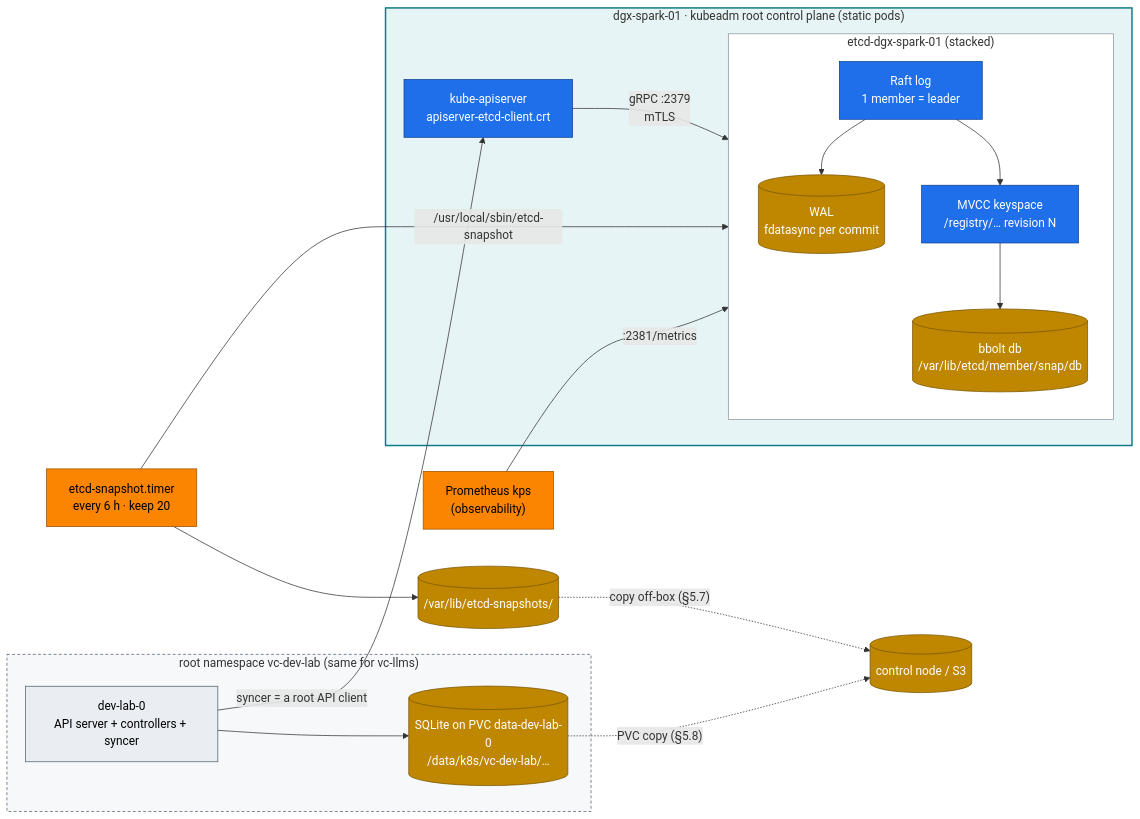
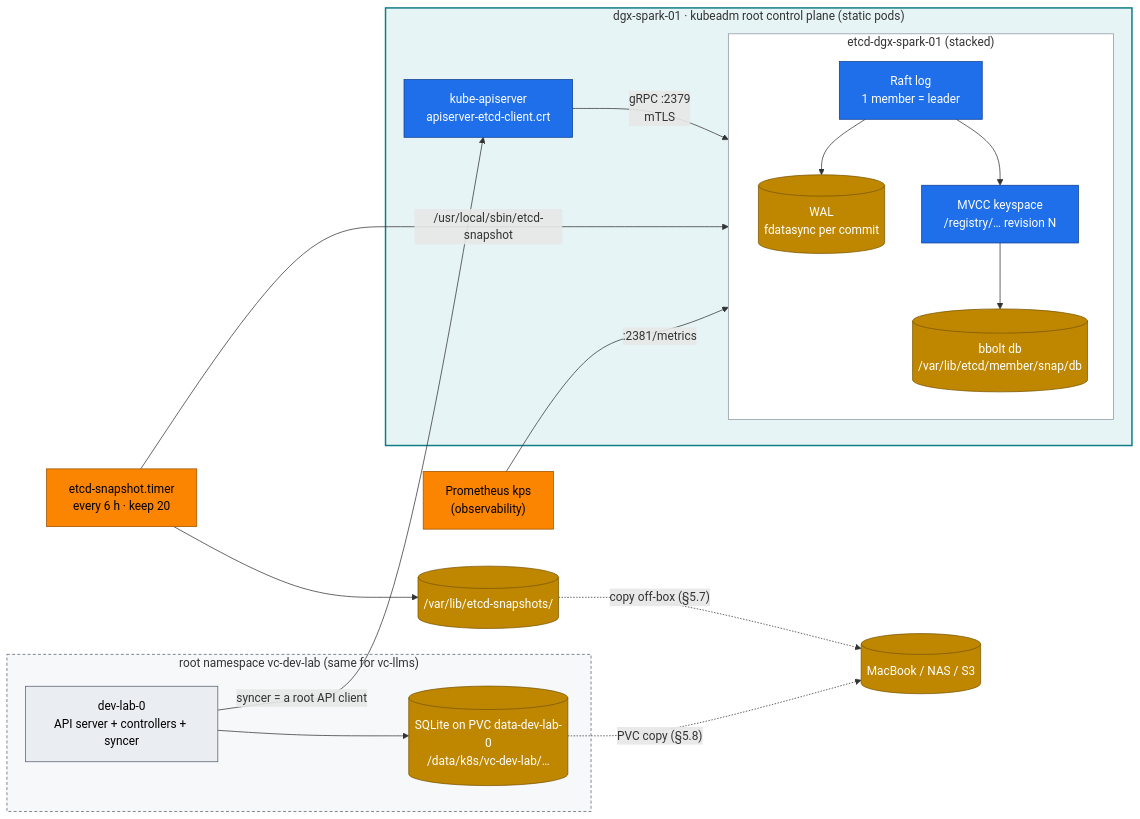
One commit to cloudone365/technical-depth changed the first of 3 diagrams in 02 Kubernetes/03-etcd-database-deep-dive.md. Above: the diagram before and after it, drawn with Mermaid. The commit also changed other lines of this file and 37 other files, not shown here.

````diff
--- a/02 Kubernetes/03-etcd-database-deep-dive.md
+++ b/02 Kubernetes/03-etcd-database-deep-dive.md
@@ -33,32 +33,32 @@
 ```mermaid
 flowchart LR
   subgraph NODE["dgx-spark-01 · kubeadm root control plane (static pods)"]
     API["kube-apiserver<br/>apiserver-etcd-client.crt"] -->|"gRPC :2379<br/>mTLS"| ET
     subgraph ET["etcd-dgx-spark-01 (stacked)"]
       direction TB
       RAFT["Raft log<br/>1 member = leader"] --> WAL[("WAL<br/>fdatasync per commit")]
       RAFT --> MVCC["MVCC keyspace<br/>/registry/…  revision N"]
       MVCC --> BOLT[("bbolt db<br/>/var/lib/etcd/member/snap/db")]
     end
   end
   TIMER["etcd-snapshot.timer<br/>every 6 h · keep 20"] -->|"/usr/local/sbin/etcd-snapshot"| ET
   TIMER --> DISK[("/var/lib/etcd-snapshots/")]
-  DISK -. "copy off-box (§5.7)" .-> NAS[("control node / S3")]
+  DISK -. "copy off-box (§5.7)" .-> NAS[("MacBook / NAS / S3")]
   PROM["Prometheus kps<br/>(observability)"] -->|":2381/metrics"| ET
   subgraph VC["root namespace vc-dev-lab (same for vc-llms)"]
     VAPI["dev-lab-0<br/>API server + controllers + syncer"] --> SQL[("SQLite on PVC data-dev-lab-0<br/>/data/k8s/vc-dev-lab/…")]
   end
   VAPI -->|"syncer = a root API client"| API
   SQL -. "PVC copy (§5.8)" .-> NAS
   classDef ctrl fill:#1f6feb,stroke:#0b3d91,color:#fff
   classDef store fill:#bf8700,stroke:#7a5600,color:#fff
   classDef obs fill:#fb8500,stroke:#9a5200,color:#000
   classDef tenant fill:#eaeef2,stroke:#57606a,color:#000
   class API,RAFT,MVCC ctrl
   class WAL,BOLT,DISK,NAS,SQL store
   class PROM,TIMER obs
   class VAPI tenant
   style NODE fill:#e6f4f5,stroke:#0e7c86,stroke-width:2px
   style ET fill:#ffffff,stroke:#8c959f
   style VC fill:#f6f8fa,stroke:#57606a,stroke-dasharray: 4 3
 ```
````
